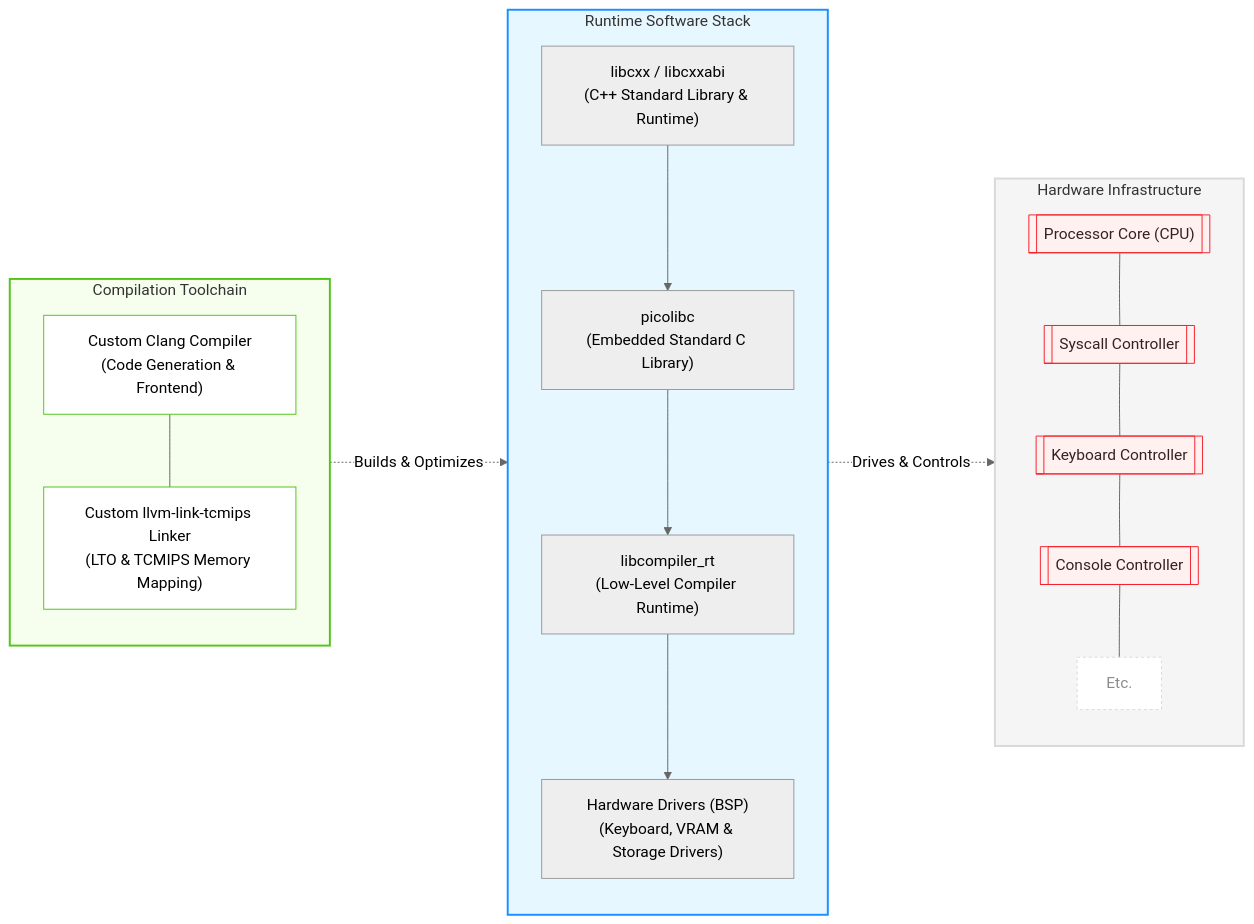
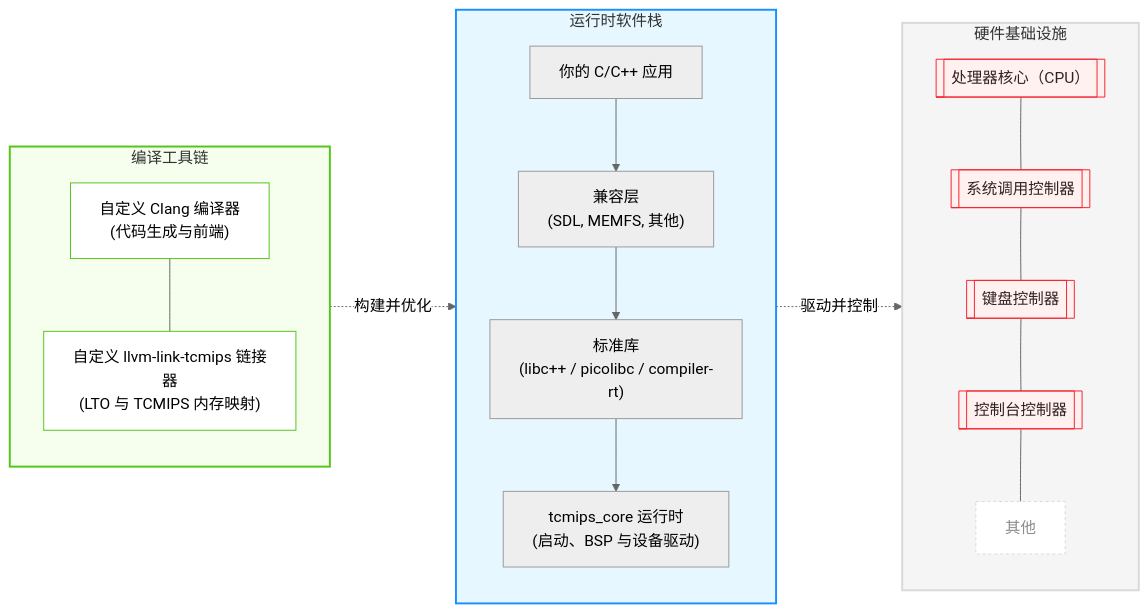
The diagram in README.md (zhangjiantao/tcmips), drawn with Mermaid before and after one commit. The commit also changed other lines of this file and 887 other files, not shown here.

````diff
--- a/README.md
+++ b/README.md
@@ -72,45 +108,45 @@
 ```mermaid
 %%{init: {'theme': 'neutral'}}%%
 flowchart LR
-    subgraph HardwareBox ["Hardware Infrastructure"]
-        CpuCore[["Processor Core (CPU)"]]
-        Syscall[["Syscall Controller"]]
-        KbdCtrl[["Keyboard Controller"]]
-        ConCtrl[["Console Controller"]]
-        HwOthers["Etc."]
+    subgraph HardwareBox ["硬件基础设施"]
+        CpuCore[["处理器核心（CPU）"]]
+        Syscall[["系统调用控制器"]]
+        KbdCtrl[["键盘控制器"]]
+        ConCtrl[["控制台控制器"]]
+        HwOthers["其他"]
 
         CpuCore --- Syscall --- KbdCtrl --- ConCtrl --- HwOthers
     end
 
-    subgraph ToolchainBox ["Compilation Toolchain"]
-        Clang["Custom Clang Compiler<br>(Code Generation & Frontend)"]
-        Linker["Custom llvm-link-tcmips Linker<br>(LTO & TCMIPS Memory Mapping)"]
+    subgraph ToolchainBox ["编译工具链"]
+        Clang["自定义 Clang 编译器<br>(代码生成与前端)"]
+        Linker["自定义 llvm-link-tcmips 链接器<br>(LTO 与 TCMIPS 内存映射)"]
 
         Clang --- Linker
     end
 
-    subgraph SoftwareBox ["Runtime Software Stack"]
-        libcxx["libcxx / libcxxabi<br>(C++ Standard Library & Runtime)"]
-        picolibc["picolibc<br>(Embedded Standard C Library)"]
-        compiler_rt["libcompiler_rt<br>(Low-Level Compiler Runtime)"]
-        bsp_drivers["Hardware Drivers (BSP)<br>(Keyboard, VRAM & Storage Drivers)"]
+    subgraph SoftwareBox ["运行时软件栈"]
+        UserApp["你的 C/C++ 应用"]
+        CompatLayers["兼容层<br>(SDL, MEMFS, 其他)"]
+        Stdlibs["标准库<br>(libc++ / picolibc / compiler-rt)"]
+        CoreRt["tcmips_core 运行时<br>(启动、BSP 与设备驱动)"]
 
-        libcxx ---> picolibc ---> compiler_rt ---> bsp_drivers
+        UserApp --> CompatLayers --> Stdlibs --> CoreRt
     end
 
-    ToolchainBox -.->|Builds & Optimizes| SoftwareBox
-    SoftwareBox -.->|Drives & Controls| HardwareBox
+    ToolchainBox -.->|构建并优化| SoftwareBox
+    SoftwareBox -.->|驱动并控制| HardwareBox
 
     style HardwareBox fill:#f5f5f5,stroke:#d9d9d9,stroke-width:2px,color:#333
     style ToolchainBox fill:#f6ffed,stroke:#52c41a,stroke-width:2px,color:#333
     style SoftwareBox fill:#e6f7ff,stroke:#1890ff,stroke-width:2px,color:#333
 
     style Clang fill:#ffffff,stroke:#52c41a,stroke-width:1px
     style Linker fill:#ffffff,stroke:#52c41a,stroke-width:1px
 
     style CpuCore fill:#fff1f0,stroke:#f5222d,color:#322
     style Syscall fill:#fff1f0,stroke:#f5222d,color:#322
     style KbdCtrl fill:#fff1f0,stroke:#f5222d,color:#322
     style ConCtrl fill:#fff1f0,stroke:#f5222d,color:#322
     style HwOthers fill:#ffffff,stroke:#d9d9d9,stroke-dasharray: 3 3,color:#8c8c8c
 ```
````
